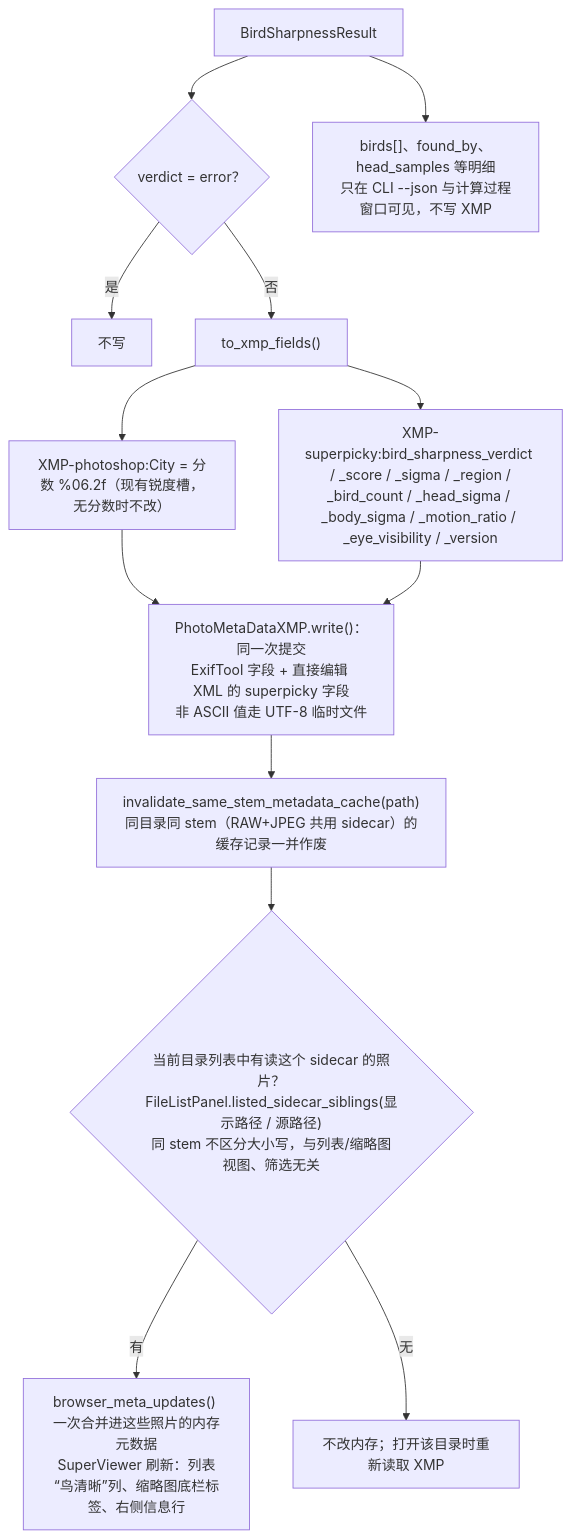
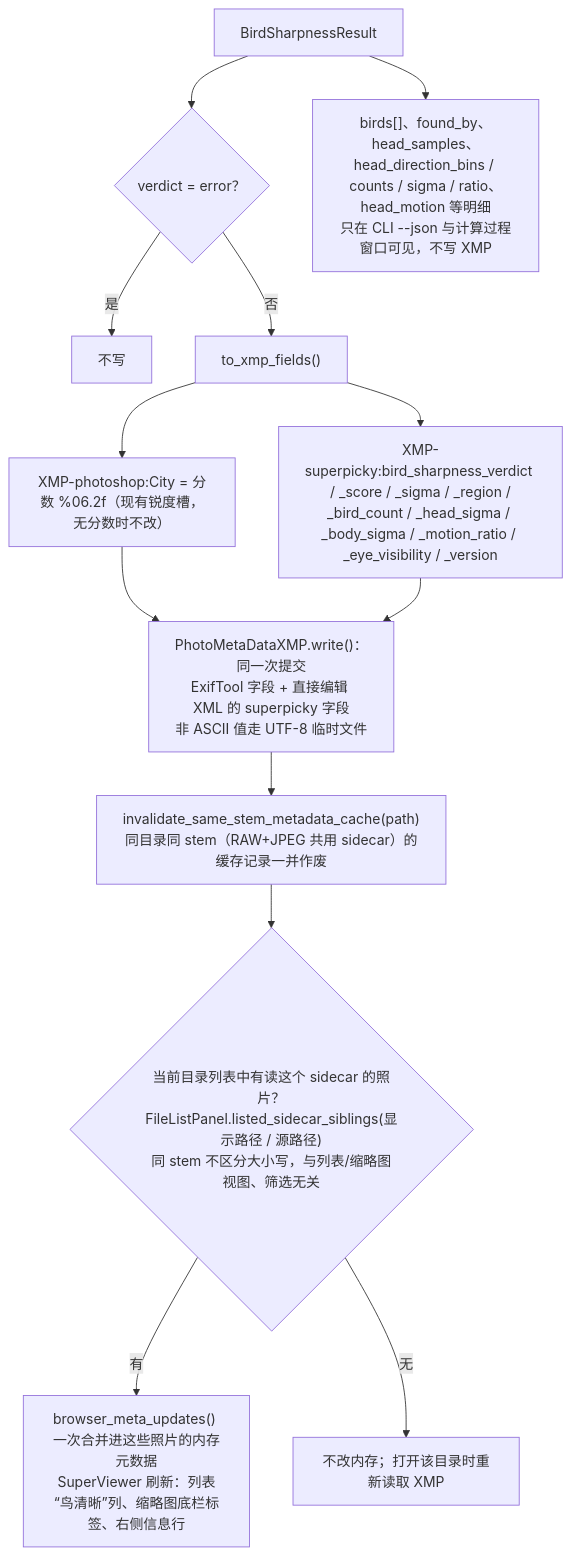
Diagram 19 of 19 in docs/bird_sharpness_flowchart.md (OscarKing888/SuperBirdTools), drawn with Mermaid before and after one commit. The commit also changed other lines of this file and 13 other files, not shown here.

Commit message:
Fix head sharpness bias from motion, sharpening and feather highlights

````diff
--- a/docs/bird_sharpness_flowchart.md
+++ b/docs/bird_sharpness_flowchart.md
@@ -507,15 +549,15 @@
 ```mermaid
 flowchart TD
     A["BirdSharpnessResult"] --> B{"verdict = error？"}
     B -->|是| Z["不写"]
     B -->|否| C["to_xmp_fields()"]
     C --> D["XMP-photoshop:City = 分数 %06.2f（现有锐度槽，无分数时不改）"]
     C --> E["XMP-superpicky:bird_sharpness_verdict / _score / _sigma / _region /<br/>_bird_count / _head_sigma / _body_sigma / _motion_ratio / _eye_visibility / _version"]
     D --> F["PhotoMetaDataXMP.write()：同一次提交<br/>ExifTool 字段 + 直接编辑 XML 的 superpicky 字段<br/>非 ASCII 值走 UTF-8 临时文件"]
     E --> F
     F --> G["invalidate_same_stem_metadata_cache(path)<br/>同目录同 stem（RAW+JPEG 共用 sidecar）的缓存记录一并作废"]
     G --> L{"当前目录列表中有读这个 sidecar 的照片？<br/>FileListPanel.listed_sidecar_siblings(显示路径 / 源路径)<br/>同 stem 不区分大小写，与列表/缩略图视图、筛选无关"}
     L -->|有| H["browser_meta_updates() 一次合并进这些照片的内存元数据<br/>SuperViewer 刷新：列表“鸟清晰”列、缩略图底栏标签、右侧信息行"]
     L -->|无| M["不改内存；打开该目录时重新读取 XMP"]
-    A --> I["birds[]、found_by、head_samples 等明细<br/>只在 CLI --json 与计算过程窗口可见，不写 XMP"]
+    A --> I["birds[]、found_by、head_samples、head_direction_bins / counts / sigma / ratio、head_motion 等明细<br/>只在 CLI --json 与计算过程窗口可见，不写 XMP"]
 ```
````
